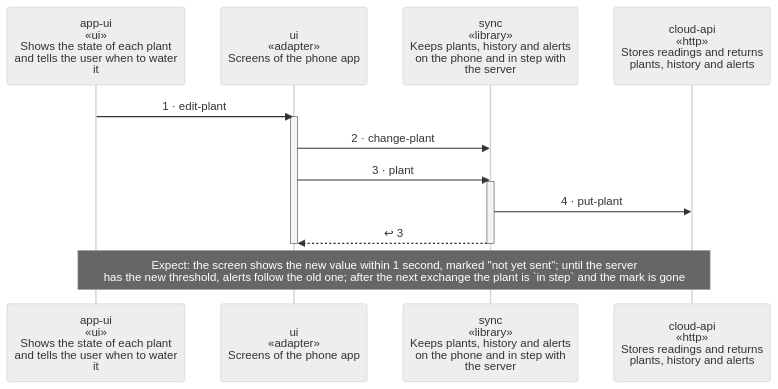
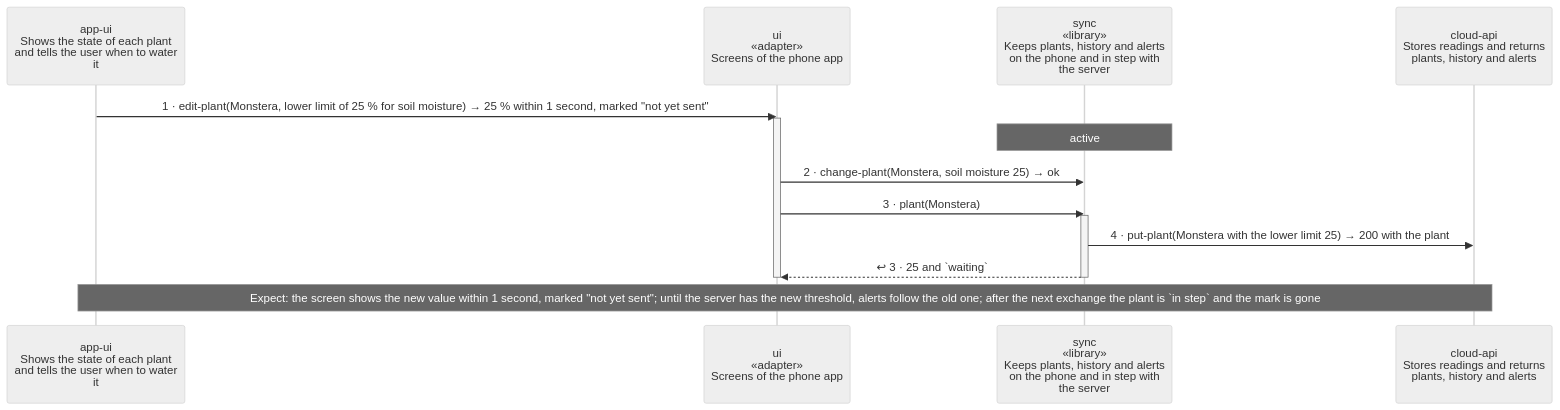
One commit to wackazong/unifold changed the diagram in examples/plantwatch/mobile/docs/diagrams/scenario-change-a-threshold-offline.md. Above: the diagram before and after it, drawn with Mermaid (neutral theme). The commit also changed other lines of this file and 213 other files, not shown here.

````diff
--- a/examples/plantwatch/mobile/docs/diagrams/scenario-change-a-threshold-offline.md
+++ b/examples/plantwatch/mobile/docs/diagrams/scenario-change-a-threshold-offline.md
@@ -12,22 +13,23 @@
 ```mermaid
 ---
 config:
   sequence:
     height: 108
 ---
 sequenceDiagram
-  participant papp_dui as app-ui<br/>«ui»<br/>Shows the state of each plant<br/>and tells the user when to water<br/>it
+  participant papp_dui as app-ui<br/>Shows the state of each plant<br/>and tells the user when to water<br/>it
   participant pui as ui<br/>«adapter»<br/>Screens of the phone app
   participant psync as sync<br/>«library»<br/>Keeps plants, history and alerts<br/>on the phone and in step with<br/>the server
-  participant pcloud_dapi as cloud-api<br/>«http»<br/>Stores readings and returns<br/>plants, history and alerts
-  papp_dui->>pui: 1 · edit-plant
+  participant pcloud_dapi as cloud-api<br/>Stores readings and returns<br/>plants, history and alerts
+  papp_dui->>pui: 1 · edit-plant(Monstera, lower limit of 25 % for soil moisture) → 25 % within 1 second, marked #quot;not yet sent#quot;
   activate pui
-  pui->>psync: 2 · change-plant
-  pui->>psync: 3 · plant
+  Note over psync: active
+  pui->>psync: 2 · change-plant(Monstera, soil moisture 25) → ok
+  pui->>psync: 3 · plant(Monstera)
   activate psync
-  psync->>pcloud_dapi: 4 · put-plant
-  psync-->>pui: ↩ 3
+  psync->>pcloud_dapi: 4 · put-plant(Monstera with the lower limit 25) → 200 with the plant
+  psync-->>pui: ↩ 3 · 25 and `waiting`
   deactivate psync
   deactivate pui
   Note over papp_dui,pcloud_dapi: wrap: Expect: the screen shows the new value within 1 second, marked #quot;not yet sent#quot;#59; until the server has the new threshold, alerts follow the old one#59; after the next exchange the plant is `in step` and the mark is gone
 ```
````
